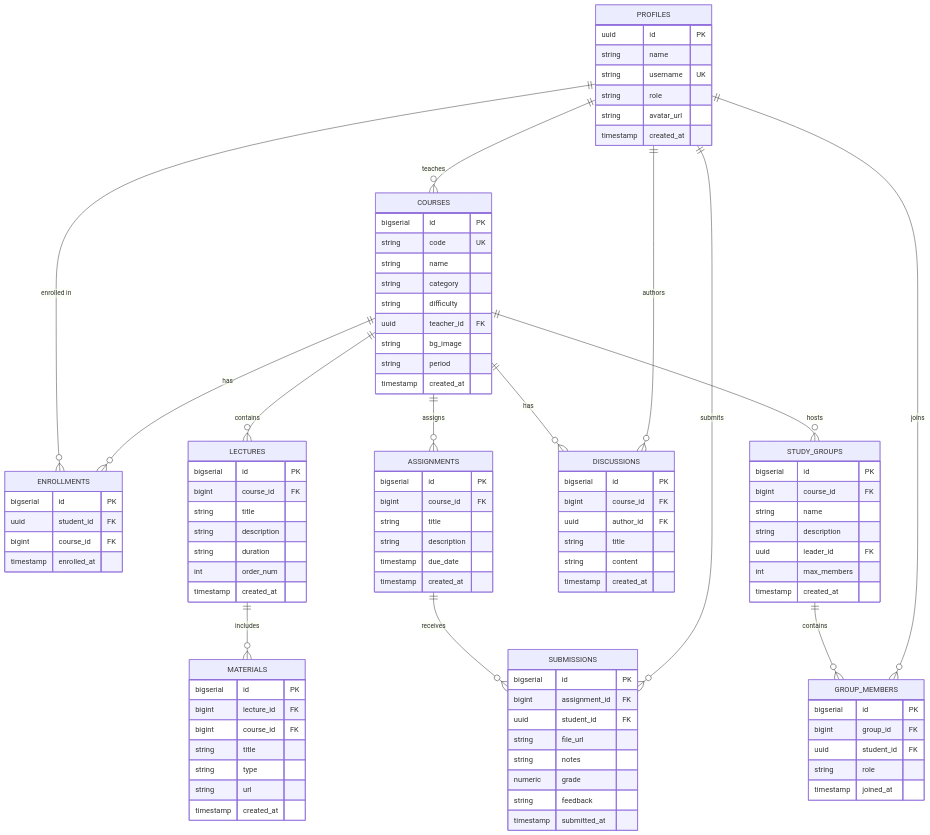
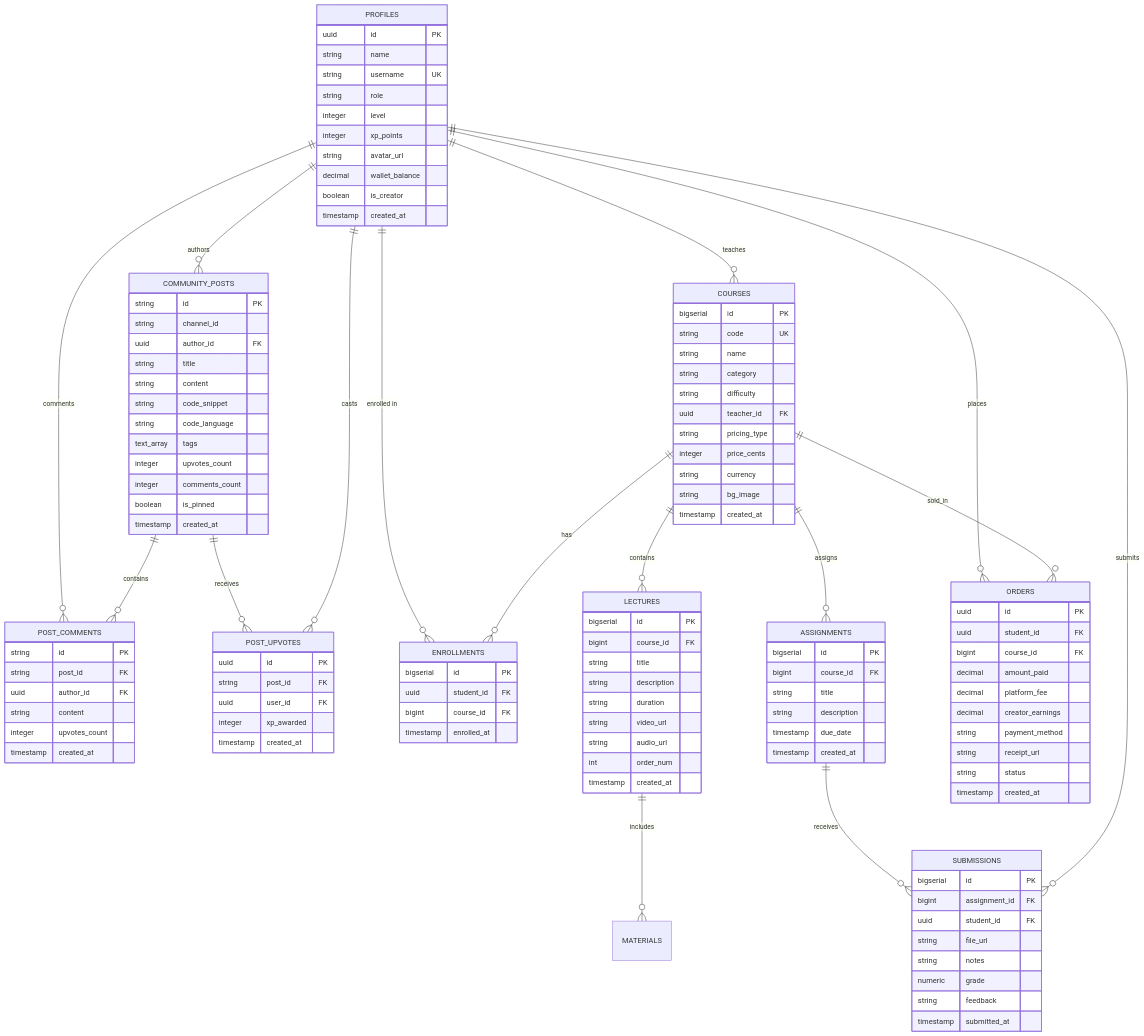
The diagram in erd.md (ta3allam/ta3), drawn with Mermaid before and after one commit. The commit also changed other lines of this file and 3 other files, not shown here.

Commit message:
docs(all): synchronize architecture, ERD, components, and README with Day 1 Skool community milestone

````diff
--- a/erd.md
+++ b/erd.md
@@ -3,5 +3,11 @@
 ```mermaid
 erDiagram
+    PROFILES ||--o{ COMMUNITY_POSTS : "authors"
+    PROFILES ||--o{ POST_COMMENTS : "comments"
+    COMMUNITY_POSTS ||--o{ POST_COMMENTS : "contains"
+    COMMUNITY_POSTS ||--o{ POST_UPVOTES : "receives"
+    PROFILES ||--o{ POST_UPVOTES : "casts"
+    
     PROFILES ||--o{ COURSES : "teaches"
     PROFILES ||--o{ ENROLLMENTS : "enrolled in"
     COURSES ||--o{ ENROLLMENTS : "has"
@@ -10,18 +16,51 @@
     COURSES ||--o{ ASSIGNMENTS : "assigns"
     ASSIGNMENTS ||--o{ SUBMISSIONS : "receives"
     PROFILES ||--o{ SUBMISSIONS : "submits"
-    COURSES ||--o{ DISCUSSIONS : "has"
-    PROFILES ||--o{ DISCUSSIONS : "authors"
-    COURSES ||--o{ STUDY_GROUPS : "hosts"
-    STUDY_GROUPS ||--o{ GROUP_MEMBERS : "contains"
-    PROFILES ||--o{ GROUP_MEMBERS : "joins"
+    PROFILES ||--o{ ORDERS : "places"
+    COURSES ||--o{ ORDERS : "sold_in"
 
     PROFILES {
         uuid id PK
         string name
         string username UK
         string role
+        integer level
+        integer xp_points
         string avatar_url
+        decimal wallet_balance
+        boolean is_creator
+        timestamp created_at
+    }
+
+    COMMUNITY_POSTS {
+        string id PK
+        string channel_id
+        uuid author_id FK
+        string title
+        string content
+        string code_snippet
+        string code_language
+        text_array tags
+        integer upvotes_count
+        integer comments_count
+        boolean is_pinned
+        timestamp created_at
+    }
+
+    POST_COMMENTS {
+        string id PK
+        string post_id FK
+        uuid author_id FK
+        string content
+        integer upvotes_count
+        timestamp created_at
+    }
+
+    POST_UPVOTES {
+        uuid id PK
+        string post_id FK
+        uuid user_id FK
+        integer xp_awarded
         timestamp created_at
     }
 
@@ -32,8 +71,23 @@
         string category
         string difficulty
         uuid teacher_id FK
+        string pricing_type
+        integer price_cents
+        string currency
         string bg_image
-        string period
+        timestamp created_at
+    }
+
+    ORDERS {
+        uuid id PK
+        uuid student_id FK
+        bigint course_id FK
+        decimal amount_paid
+        decimal platform_fee
+        decimal creator_earnings
+        string payment_method
+        string receipt_url
+        string status
         timestamp created_at
     }
 
@@ -50,17 +104,9 @@
         string title
         string description
         string duration
+        string video_url
+        string audio_url
         int order_num
-        timestamp created_at
-    }
-
-    MATERIALS {
-        bigserial id PK
-        bigint lecture_id FK
-        bigint course_id FK
-        string title
-        string type
-        string url
         timestamp created_at
     }
 
@@ -83,31 +129,4 @@
         string feedback
         timestamp submitted_at
     }
-
-    DISCUSSIONS {
-        bigserial id PK
-        bigint course_id FK
-        uuid author_id FK
-        string title
-        string content
-        timestamp created_at
-    }
-
-    STUDY_GROUPS {
-        bigserial id PK
-        bigint course_id FK
-        string name
-        string description
-        uuid leader_id FK
-        int max_members
-        timestamp created_at
-    }
-
-    GROUP_MEMBERS {
-        bigserial id PK
-        bigint group_id FK
-        uuid student_id FK
-        string role
-        timestamp joined_at
-    }
 ```
````
